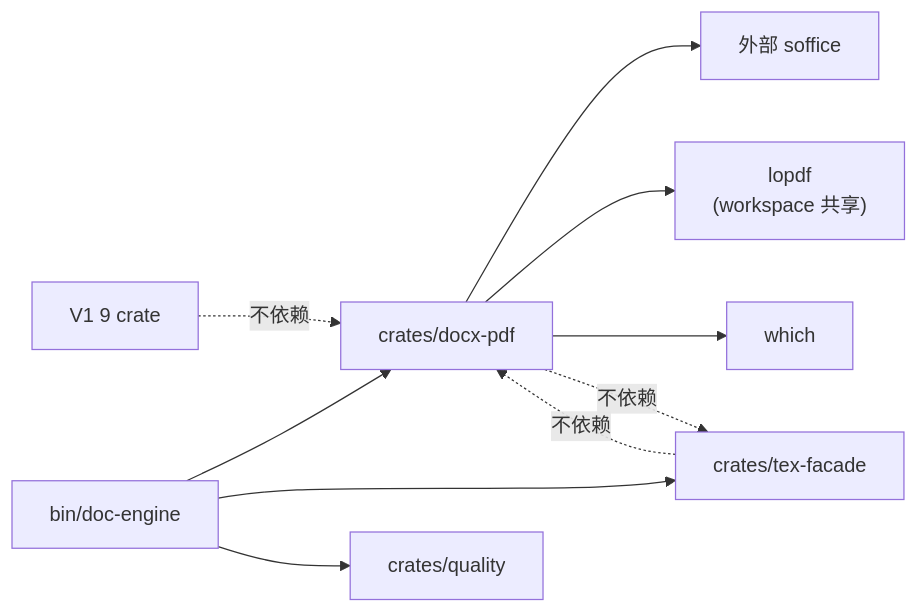
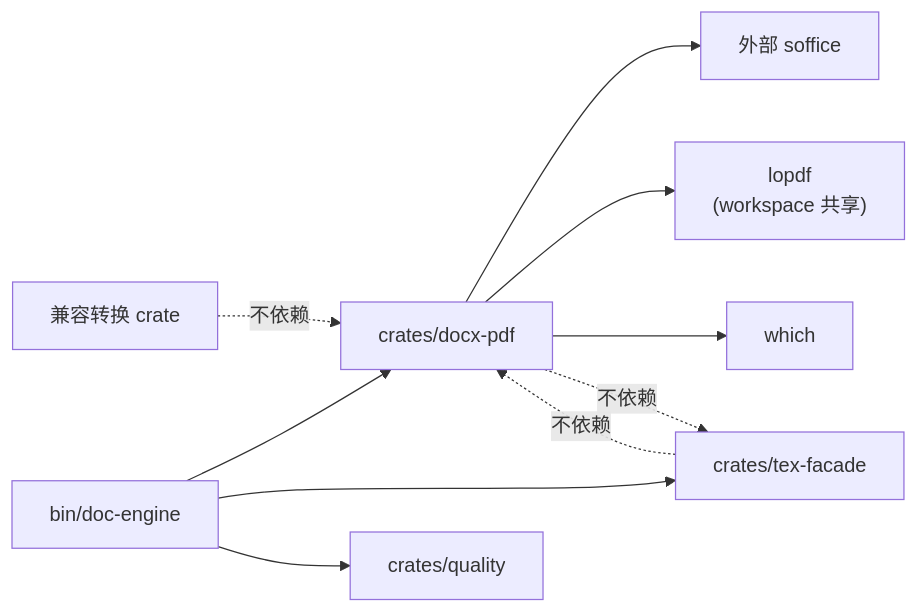
Before and after one commit to shlwsh/Tex2Doc: the diagram in docs/study/08-pdf-pipeline/03-docx-to-pdf.md, drawn with Mermaid. The commit also changed other lines of this file and 19 other files, not shown here.

````diff
--- a/docs/study/08-pdf-pipeline/03-docx-to-pdf.md
+++ b/docs/study/08-pdf-pipeline/03-docx-to-pdf.md
@@ -463,14 +463,14 @@
 ```mermaid
 flowchart LR
     Bin["bin/doc-engine"] --> DocxPdf["crates/docx-pdf"]
     Bin --> TexFacade["crates/tex-facade"]
     Bin --> Quality["crates/quality"]
 
     DocxPdf --> LibreOffice["外部 soffice"]
     DocxPdf --> Lopdf["lopdf<br/>(workspace 共享)"]
     DocxPdf --> Which["which"]
 
     TexFacade -.不依赖.-> DocxPdf
     DocxPdf -.不依赖.-> TexFacade
-    V1["V1 9 crate"] -.不依赖.-> DocxPdf
+    Compat["兼容转换 crate"] -.不依赖.-> DocxPdf
 ```
````
